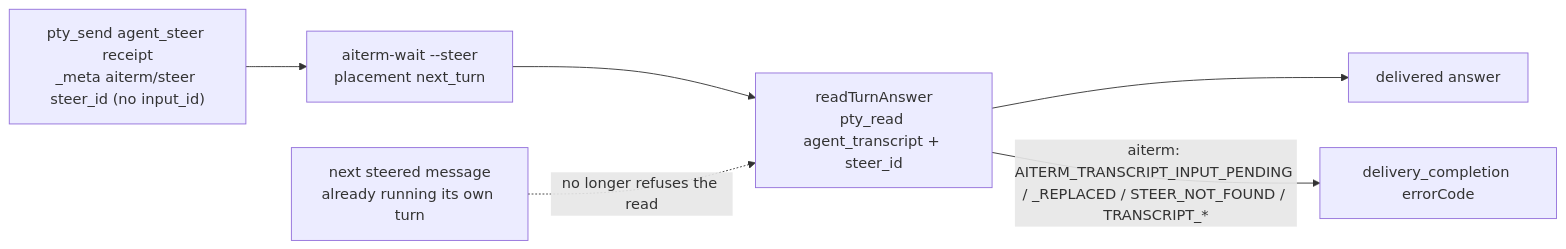
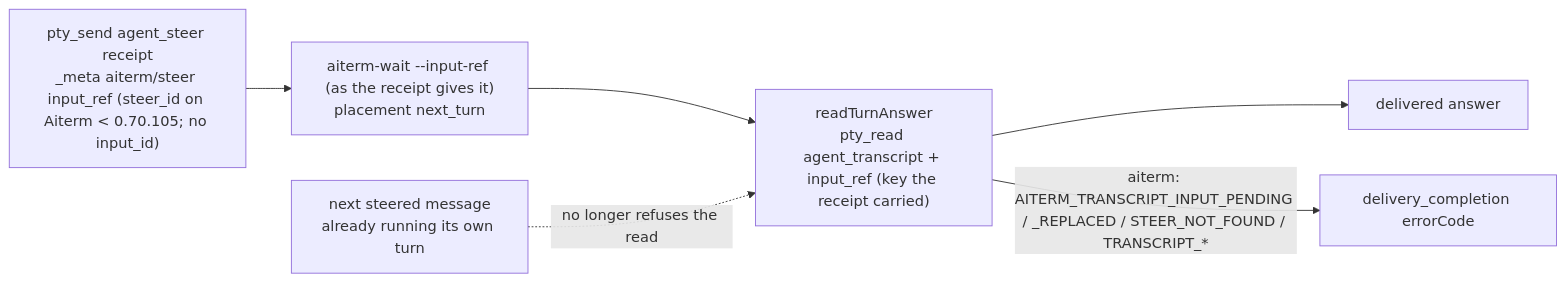
The fifth of 6 diagrams in docs/architecture/modules/execution/wait-contract.md (kitepon/BellTeam), drawn with Mermaid before and after one commit. The commit also changed other lines of this file and 4 other files, not shown here.

First line of the commit message:
a532b2k: BellTeam reads and sends the neutral steer-follow name input_ref (diagrams first)

````diff
--- a/docs/architecture/modules/execution/wait-contract.md
+++ b/docs/architecture/modules/execution/wait-contract.md
@@ -117,8 +117,8 @@
 ```mermaid
 flowchart LR
-  Steer["pty_send agent_steer receipt<br/>_meta aiterm/steer steer_id (no input_id)"] --> SWait["aiterm-wait --steer<br/>placement next_turn"]
-  SWait --> SRead["readTurnAnswer<br/>pty_read agent_transcript + steer_id"]
+  Steer["pty_send agent_steer receipt<br/>_meta aiterm/steer input_ref (steer_id on Aiterm < 0.70.105; no input_id)"] --> SWait["aiterm-wait --input-ref (as the receipt gives it)<br/>placement next_turn"]
+  SWait --> SRead["readTurnAnswer<br/>pty_read agent_transcript + input_ref (key the receipt carried)"]
   Later["next steered message<br/>already running its own turn"] -.->|"no longer refuses the read"| SRead
   SRead --> SAnswer["delivered answer"]
   SRead -->|"aiterm: AITERM_TRANSCRIPT_INPUT_PENDING / _REPLACED / STEER_NOT_FOUND / TRANSCRIPT_*"| SFail["delivery_completion errorCode"]
 ```
````
